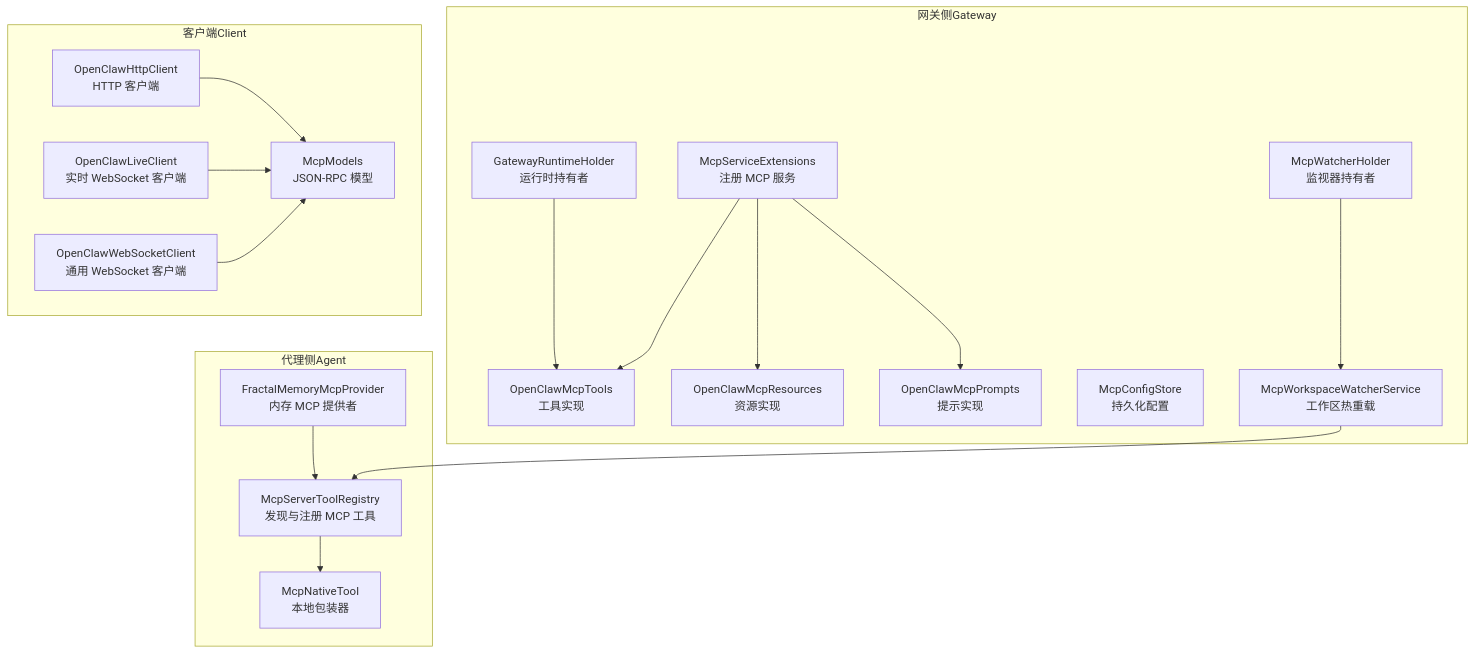
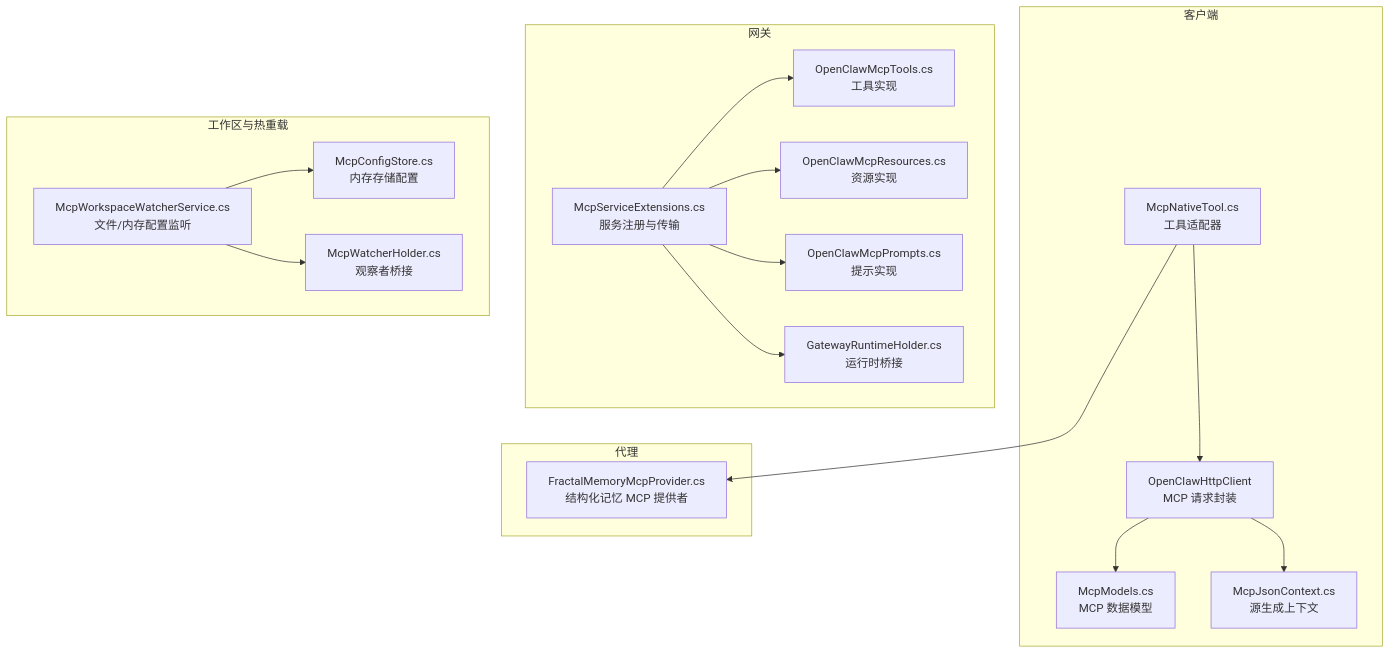
The first of 9 diagrams in .qoder/repowiki/zh/content/API 参考/MCP 协议.md (wayyet/kingcrab), drawn with Mermaid before and after one commit. The commit also changed other lines of this file and 431 other files, not shown here.

````diff
--- a/.qoder/repowiki/zh/content/API 参考/MCP 协议.md
+++ b/.qoder/repowiki/zh/content/API 参考/MCP 协议.md
@@ -43,35 +42,34 @@
 ```mermaid
 graph TB
-subgraph "网关侧Gateway"
-A["McpServiceExtensions<br/>注册 MCP 服务"]
-B["OpenClawMcpTools<br/>工具实现"]
-C["OpenClawMcpResources<br/>资源实现"]
-D["OpenClawMcpPrompts<br/>提示实现"]
-E["GatewayRuntimeHolder<br/>运行时持有者"]
-F["McpWatcherHolder<br/>监视器持有者"]
-G["McpConfigStore<br/>持久化配置"]
-H["McpWorkspaceWatcherService<br/>工作区热重载"]
+subgraph "客户端"
+A["OpenClawHttpClient<br/>MCP 请求封装"]
+B["McpModels.cs<br/>MCP 数据模型"]
+C["McpJsonContext.cs<br/>源生成上下文"]
+D["McpNativeTool.cs<br/>工具适配器"]
 end
-subgraph "代理侧Agent"
-I["McpServerToolRegistry<br/>发现与注册 MCP 工具"]
-J["McpNativeTool<br/>本地包装器"]
-K["FractalMemoryMcpProvider<br/>内存 MCP 提供者"]
+subgraph "网关"
+E["McpServiceExtensions.cs<br/>服务注册与传输"]
+F["OpenClawMcpTools.cs<br/>工具实现"]
+G["OpenClawMcpResources.cs<br/>资源实现"]
+H["OpenClawMcpPrompts.cs<br/>提示实现"]
+I["GatewayRuntimeHolder.cs<br/>运行时桥接"]
 end
-subgraph "客户端Client"
-L["McpModels<br/>JSON-RPC 模型"]
-M["OpenClawHttpClient<br/>HTTP 客户端"]
-N["OpenClawLiveClient<br/>实时 WebSocket 客户端"]
-O["OpenClawWebSocketClient<br/>通用 WebSocket 客户端"]
+subgraph "工作区与热重载"
+J["McpWorkspaceWatcherService.cs<br/>文件/内存配置监听"]
+K["McpConfigStore.cs<br/>内存存储配置"]
+L["McpWatcherHolder.cs<br/>观察者桥接"]
+end
+subgraph "代理"
+M["FractalMemoryMcpProvider.cs<br/>结构化记忆 MCP 提供者"]
 end
 A --> B
 A --> C
-A --> D
-E --> B
-F --> H
-H --> I
-I --> J
-K --> I
-M --> L
-N --> L
-O --> L
+D --> A
+E --> F
+E --> G
+E --> H
+E --> I
+J --> K
+J --> L
+D --> M
 ```
````
